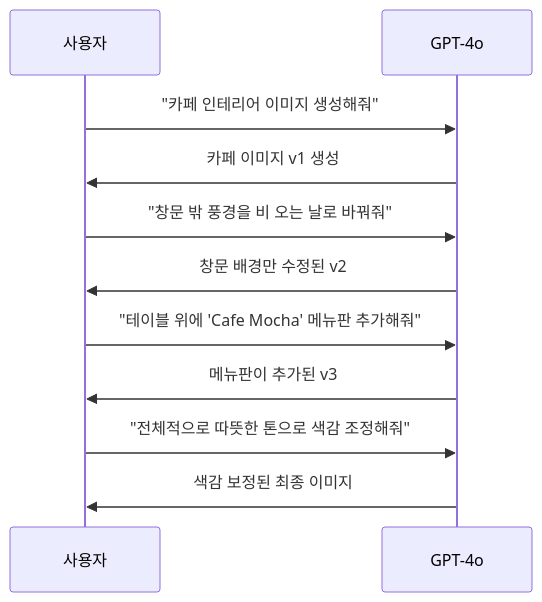
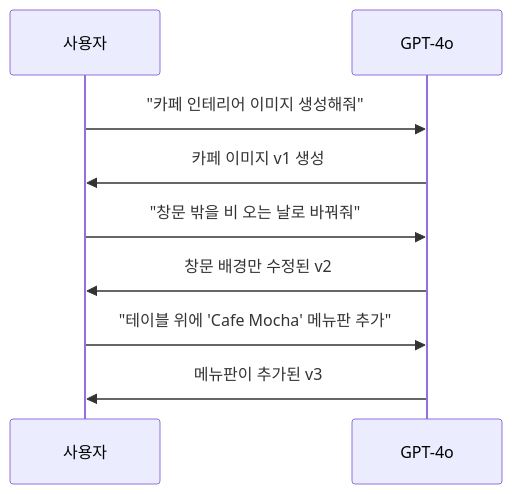
Before and after one commit to jsonpassion/forge-tutorial-promptcanvas: the first of 2 diagrams in 03-ch3-chatgpt-이미지-생성-실전/01-01-gpt-4o-이미지-생성의-특징과-강점.md, drawn with Mermaid. The commit also changed other lines of this file and 63 other files, not shown here.

````diff
--- a/03-ch3-chatgpt-이미지-생성-실전/01-01-gpt-4o-이미지-생성의-특징과-강점.md
+++ b/03-ch3-chatgpt-이미지-생성-실전/01-01-gpt-4o-이미지-생성의-특징과-강점.md
@@ -150,14 +43,12 @@
 ```mermaid
 sequenceDiagram
     participant 사용자
     participant GPT-4o
-    
+
     사용자->>GPT-4o: "카페 인테리어 이미지 생성해줘"
     GPT-4o->>사용자: 카페 이미지 v1 생성
-    사용자->>GPT-4o: "창문 밖 풍경을 비 오는 날로 바꿔줘"
+    사용자->>GPT-4o: "창문 밖을 비 오는 날로 바꿔줘"
     GPT-4o->>사용자: 창문 배경만 수정된 v2
-    사용자->>GPT-4o: "테이블 위에 'Cafe Mocha' 메뉴판 추가해줘"
+    사용자->>GPT-4o: "테이블 위에 'Cafe Mocha' 메뉴판 추가"
     GPT-4o->>사용자: 메뉴판이 추가된 v3
-    사용자->>GPT-4o: "전체적으로 따뜻한 톤으로 색감 조정해줘"
-    GPT-4o->>사용자: 색감 보정된 최종 이미지
 ```
````
